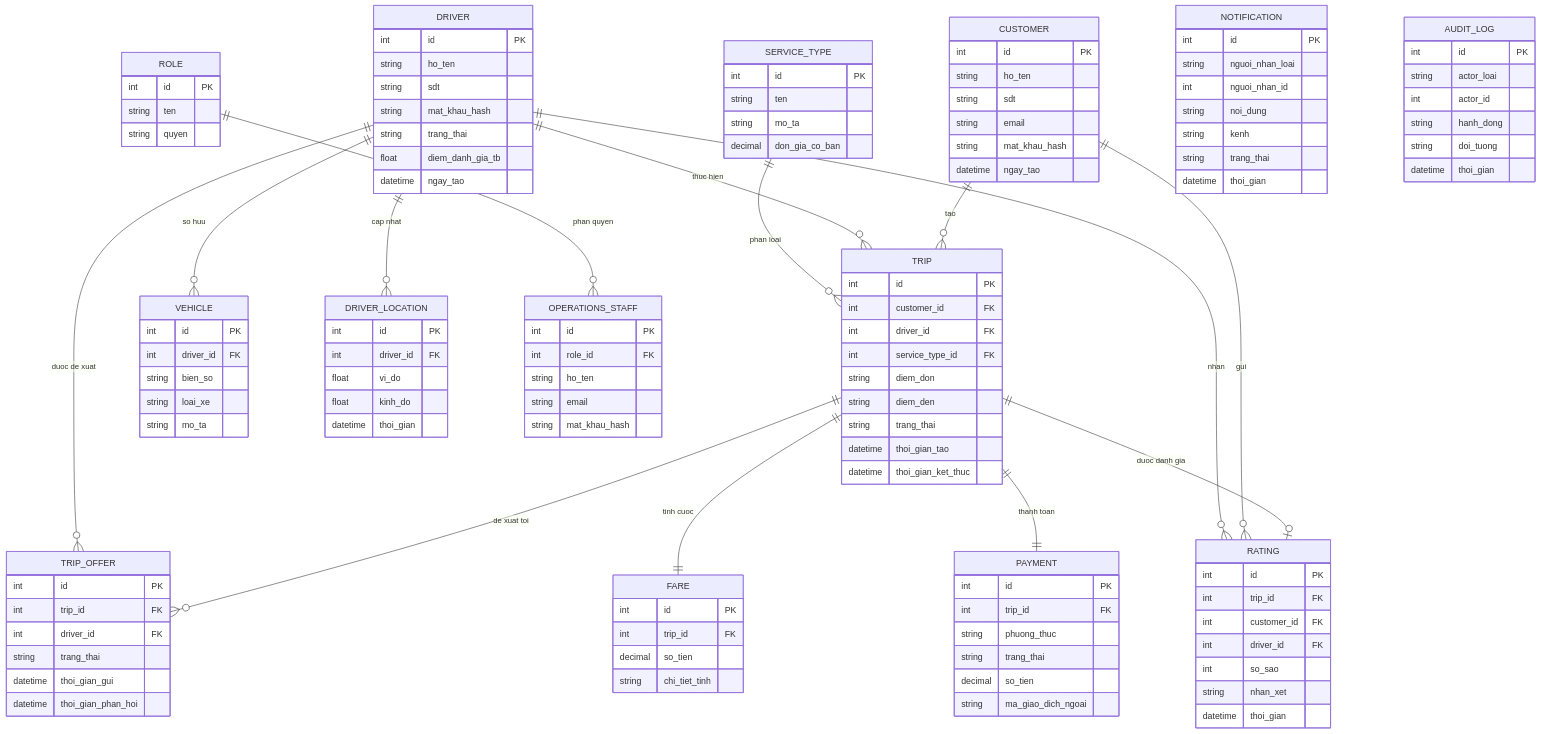
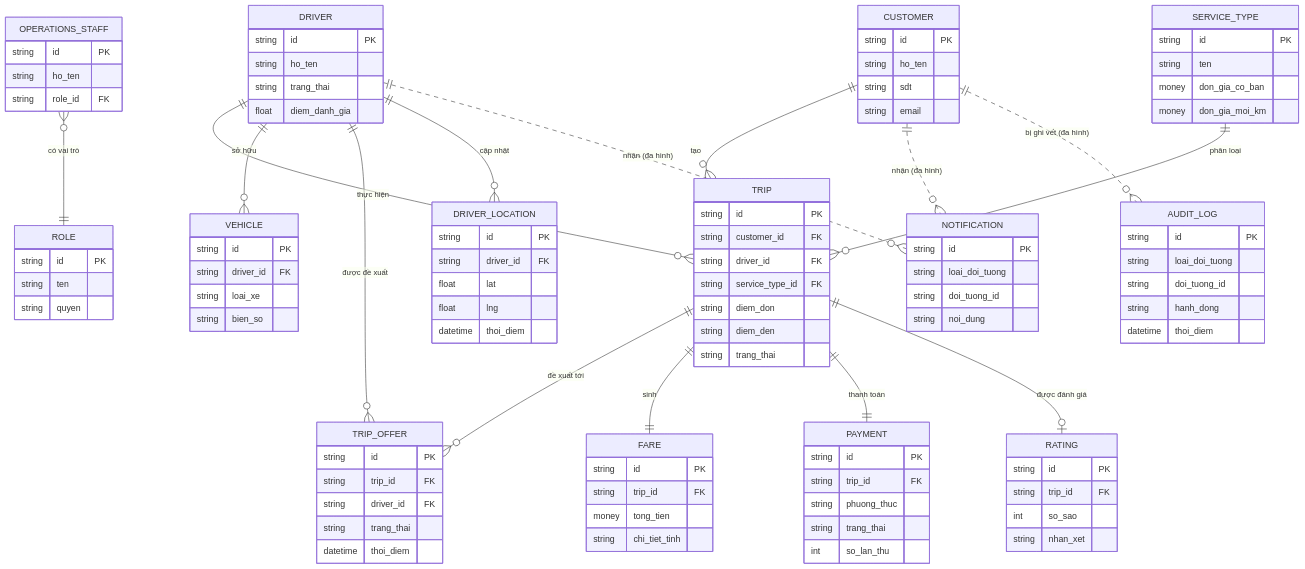
The second of 3 diagrams in srs.md (Ngoc-Giang/23639971_LamNgocGiang_CABSYSTEM), drawn with Mermaid before and after one commit. The commit also changed other lines of this file, not shown here.

````diff
--- a/srs.md
+++ b/srs.md
@@ -312,125 +318,107 @@
 ```mermaid
 erDiagram
-    CUSTOMER ||--o{ TRIP : "tao"
-    DRIVER ||--o{ TRIP : "thuc hien"
-    SERVICE_TYPE ||--o{ TRIP : "phan loai"
-    DRIVER ||--o{ VEHICLE : "so huu"
-    TRIP ||--o{ TRIP_OFFER : "de xuat toi"
-    DRIVER ||--o{ TRIP_OFFER : "duoc de xuat"
-    TRIP ||--|| FARE : "tinh cuoc"
-    TRIP ||--|| PAYMENT : "thanh toan"
-    TRIP ||--o| RATING : "duoc danh gia"
-    CUSTOMER ||--o{ RATING : "gui"
-    DRIVER ||--o{ RATING : "nhan"
-    DRIVER ||--o{ DRIVER_LOCATION : "cap nhat"
-    ROLE ||--o{ OPERATIONS_STAFF : "phan quyen"
+    CUSTOMER ||--o{ TRIP : "tạo"
+    DRIVER ||--o{ TRIP : "thực hiện"
+    DRIVER ||--o{ VEHICLE : "sở hữu"
+    SERVICE_TYPE ||--o{ TRIP : "phân loại"
+    TRIP ||--o{ TRIP_OFFER : "đề xuất tới"
+    DRIVER ||--o{ TRIP_OFFER : "được đề xuất"
+    TRIP ||--|| FARE : "sinh"
+    TRIP ||--|| PAYMENT : "thanh toán"
+    TRIP ||--o| RATING : "được đánh giá"
+    DRIVER ||--o{ DRIVER_LOCATION : "cập nhật"
+    OPERATIONS_STAFF }o--|| ROLE : "có vai trò"
+    CUSTOMER ||..o{ NOTIFICATION : "nhận (đa hình)"
+    DRIVER  ||..o{ NOTIFICATION : "nhận (đa hình)"
+    CUSTOMER ||..o{ AUDIT_LOG : "bị ghi vết (đa hình)"
 
     CUSTOMER {
-        int id PK
+        string id PK
         string ho_ten
         string sdt
         string email
-        string mat_khau_hash
-        datetime ngay_tao
     }
     DRIVER {
-        int id PK
+        string id PK
         string ho_ten
-        string sdt
-        string mat_khau_hash
         string trang_thai
-        float diem_danh_gia_tb
-        datetime ngay_tao
+        float  diem_danh_gia
     }
     VEHICLE {
-        int id PK
-        int driver_id FK
+        string id PK
+        string driver_id FK
+        string loai_xe
         string bien_so
-        string loai_xe
-        string mo_ta
     }
     SERVICE_TYPE {
-        int id PK
+        string id PK
         string ten
-        string mo_ta
-        decimal don_gia_co_ban
+        money  don_gia_co_ban
+        money  don_gia_moi_km
     }
     TRIP {
-        int id PK
-        int customer_id FK
-        int driver_id FK
-        int service_type_id FK
+        string id PK
+        string customer_id FK
+        string driver_id FK
+        string service_type_id FK
         string diem_don
         string diem_den
         string trang_thai
-        datetime thoi_gian_tao
-        datetime thoi_gian_ket_thuc
     }
     TRIP_OFFER {
-        int id PK
-        int trip_id FK
-        int driver_id FK
+        string id PK
+        string trip_id FK
+        string driver_id FK
         string trang_thai
-        datetime thoi_gian_gui
-        datetime thoi_gian_phan_hoi
+        datetime thoi_diem
     }
     FARE {
-        int id PK
-        int trip_id FK
-        decimal so_tien
+        string id PK
+        string trip_id FK
+        money  tong_tien
         string chi_tiet_tinh
     }
     PAYMENT {
-        int id PK
-        int trip_id FK
+        string id PK
+        string trip_id FK
         string phuong_thuc
         string trang_thai
-        decimal so_tien
-        string ma_giao_dich_ngoai
+        int    so_lan_thu
     }
     RATING {
-        int id PK
-        int trip_id FK
-        int customer_id FK
-        int driver_id FK
-        int so_sao
+        string id PK
+        string trip_id FK
+        int    so_sao
         string nhan_xet
-        datetime thoi_gian
     }
     DRIVER_LOCATION {
-        int id PK
-        int driver_id FK
-        float vi_do
-        float kinh_do
-        datetime thoi_gian
+        string id PK
+        string driver_id FK
+        float  lat
+        float  lng
+        datetime thoi_diem
     }
     NOTIFICATION {
-        int id PK
-        string nguoi_nhan_loai
-        int nguoi_nhan_id
+        string id PK
+        string loai_doi_tuong
+        string doi_tuong_id
         string noi_dung
-        string kenh
-        string trang_thai
-        datetime thoi_gian
     }
     OPERATIONS_STAFF {
-        int id PK
-        int role_id FK
+        string id PK
         string ho_ten
-        string email
-        string mat_khau_hash
+        string role_id FK
     }
     ROLE {
-        int id PK
+        string id PK
         string ten
         string quyen
     }
     AUDIT_LOG {
-        int id PK
-        string actor_loai
-        int actor_id
+        string id PK
+        string loai_doi_tuong
+        string doi_tuong_id
         string hanh_dong
-        string doi_tuong
-        datetime thoi_gian
+        datetime thoi_diem
     }
 ```
````
